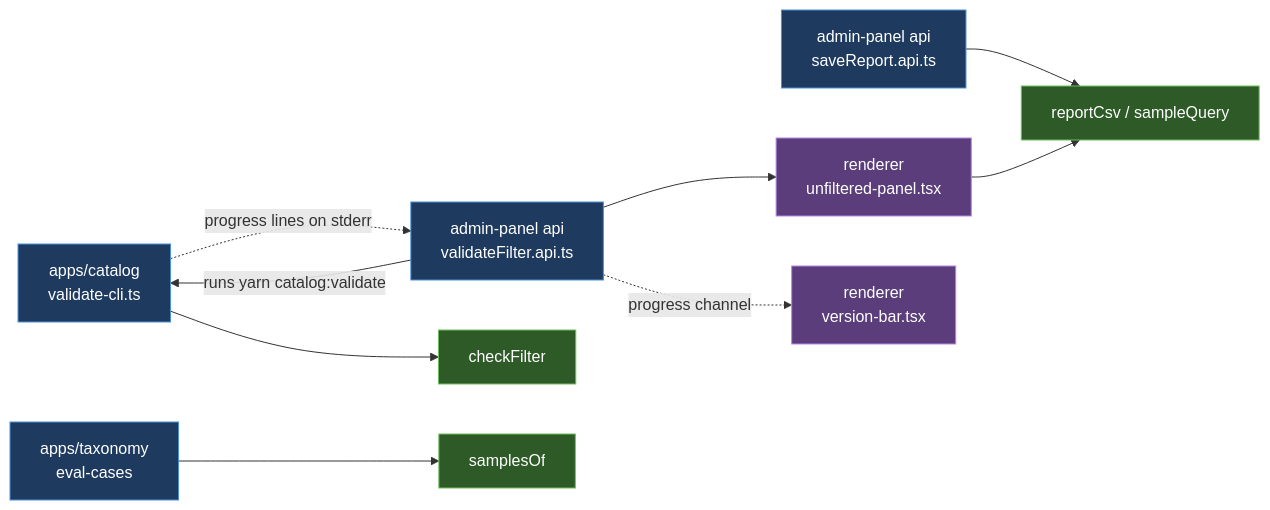
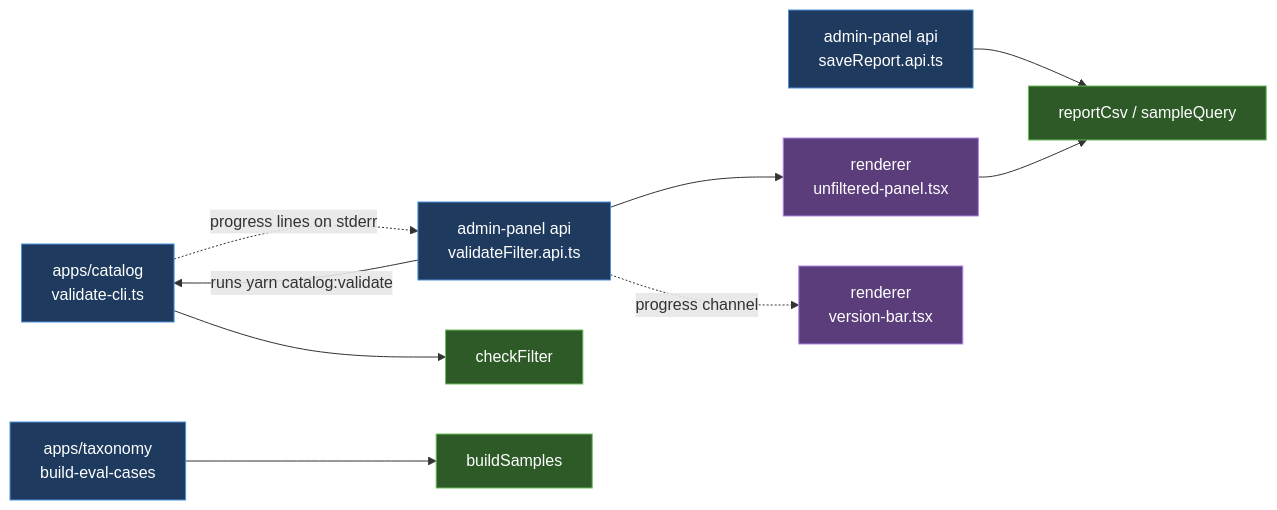
One commit to andreicaminschi/poe-stuff changed the fifth of 5 diagrams in docs/sample-validation.md. Above: the diagram before and after it, drawn with Mermaid. The commit also changed other lines of this file and 397 other files, not shown here.

````diff
--- a/docs/sample-validation.md
+++ b/docs/sample-validation.md
@@ -227,25 +229,25 @@
 ```mermaid
 flowchart LR
     classDef app fill:#1e3a5f,stroke:#4a90d9,color:#fff
     classDef lib fill:#2d5a27,stroke:#6fbf5f,color:#fff
     classDef ui fill:#5a3d7a,stroke:#b388eb,color:#fff
 
     CLI["apps/catalog<br/>validate-cli.ts"]:::app
     API["admin-panel api<br/>validateFilter.api.ts"]:::app
     SAVE["admin-panel api<br/>saveReport.api.ts"]:::app
     UIP["renderer<br/>unfiltered-panel.tsx"]:::ui
     BAR["renderer<br/>version-bar.tsx"]:::ui
     CF["checkFilter"]:::lib
     CSV["reportCsv / sampleQuery"]:::lib
-    EV["apps/taxonomy<br/>eval-cases"]:::app
-    SO["samplesOf"]:::lib
+    EV["apps/taxonomy<br/>build-eval-cases"]:::app
+    SO["buildSamples"]:::lib
 
     API -- "runs yarn catalog:validate" --> CLI
     CLI --> CF
     CLI -. "progress lines on stderr" .-> API
     API -. "progress channel" .-> BAR
     API --> UIP
     SAVE --> CSV
     UIP --> CSV
     EV --> SO
 ```
````
